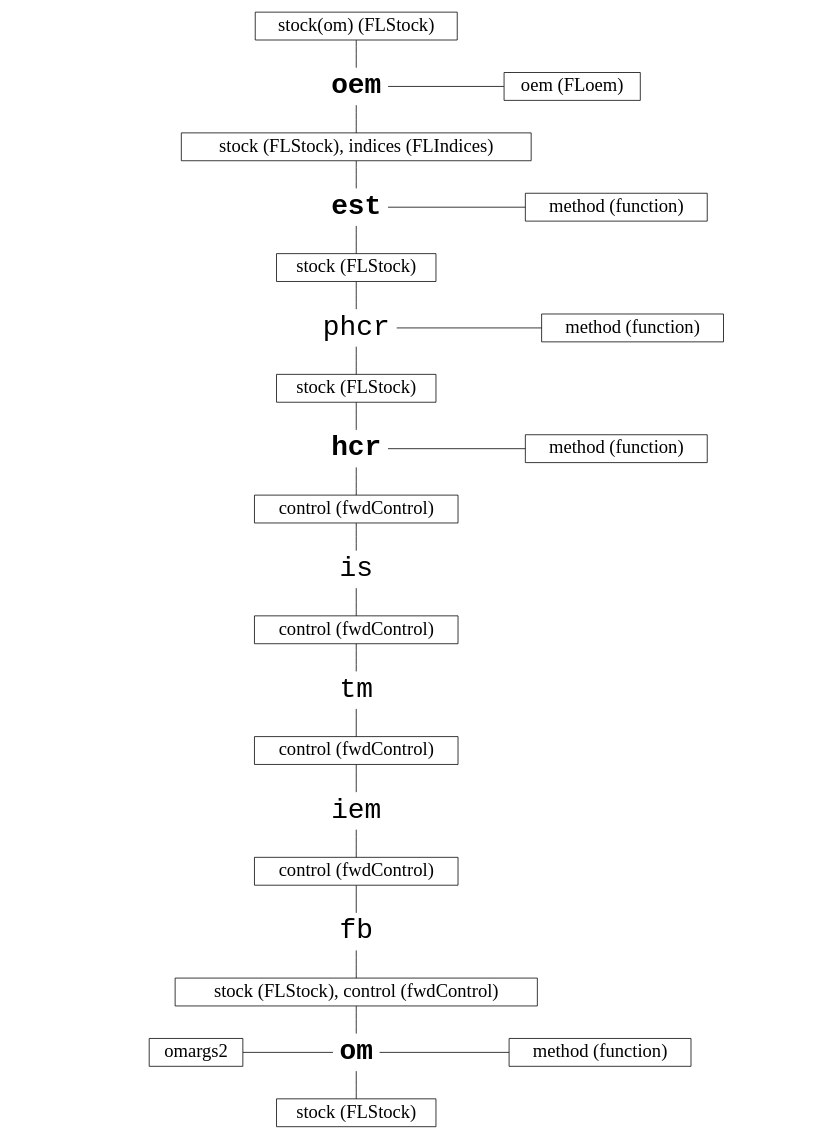
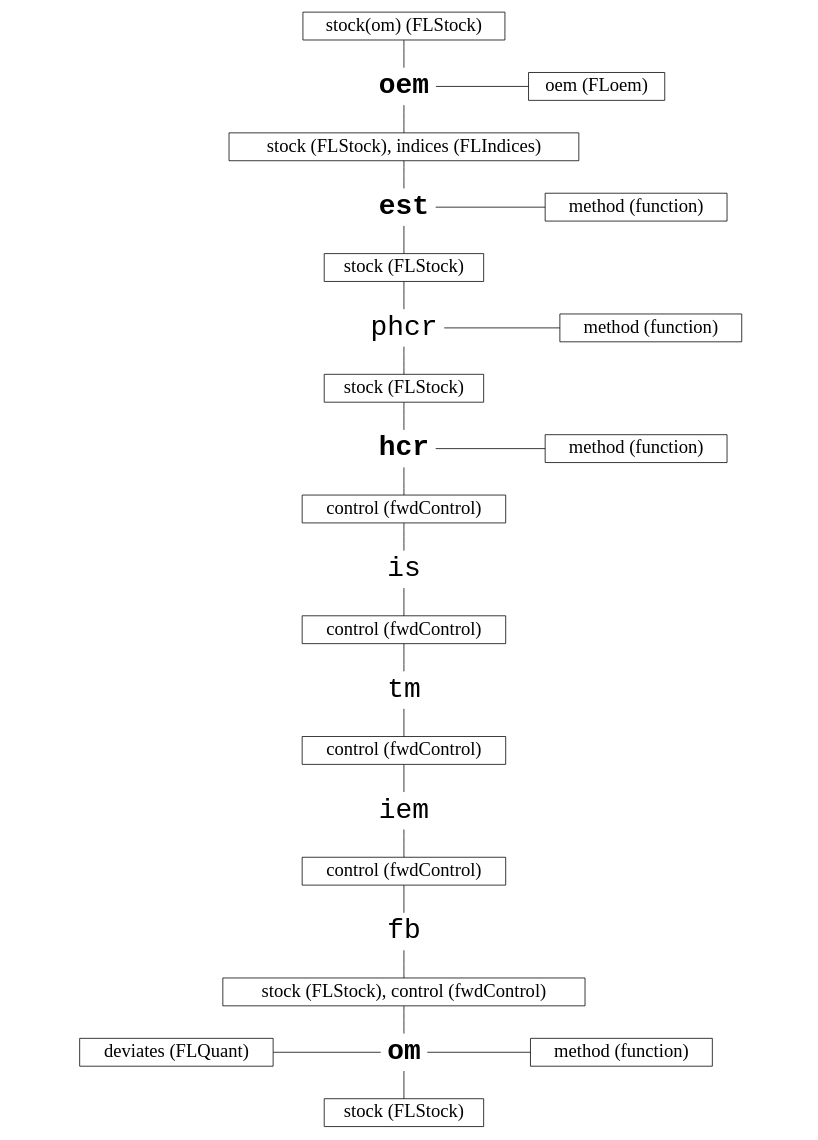
One commit to flr/mse changed the diagram in vignettes/diagrams/mp/mp.dot. Above: the diagram before and after it, drawn with Graphviz. The commit also changed 20 other files, not shown here.

```diff
--- a/vignettes/diagrams/mp/mp.dot
+++ b/vignettes/diagrams/mp/mp.dot
@@ -1,59 +1,60 @@
 graph mp {
   
   /* GRAPH */
   graph [ratio="fill", size="8.3,11.7!", margin=0.8]
 
   /* EDGES */
   edge [arrowhead="none"];
   
   /* NODES */
   node [shape=box, fontsize=24];
 
   /* Compulsory steps */
   oem, est, hcr, om[shape=plaintext,
     fontsize=36, fontcolor="#000000", fontname="Courier-Bold"];
   
   /* Optional steps */
   phcr, is, tm, iem, fb[shape=plaintext,
     fontsize=36, fontcolor="#000000", fontname="Courier"];
 
   /* Inputs/Outputs/Arguments */
   oemin [label="stock(om) (FLStock)"];
   oemargs [label="oem (FLoem)"];
   
   estin [label="stock (FLStock), indices (FLIndices)"];
   estargs [label="method (function)"];
   
   phcrin [label="stock (FLStock)"];
   phcrargs [label="method (function)"];
   
   hcrin [label="stock (FLStock)"];
   hcrargs [label="method (function)"];
   
   isin [label="control (fwdControl)"];
   
   tmin [label="control (fwdControl)"];
   
   iemin [label="control (fwdControl)"];
   
   fbin [label="control (fwdControl)"];
   
   omin [label="stock (FLStock), control (fwdControl)"];
   omout [label="stock (FLStock)"];
   omargs [label="method (function)"];
+  omargs2 [label="deviates (FLQuant)"];
 
   oem -- oemargs;
     {rank=same; oem; oemargs;}
   est -- estargs;
     {rank=same; est; estargs;}
   phcr -- phcrargs;
     {rank=same; phcr; phcrargs;}
   hcr -- hcrargs;
     {rank=same; hcr; hcrargs;}
   omargs2 -- om -- omargs;
     {rank=same; om; omargs; omargs2;}
   
   /* Code flow */
   oemin -- oem -- estin -- est -- phcrin -- phcr -- hcrin -- hcr -- isin -- is;
   is -- tmin -- tm -- iemin -- iem -- fbin -- fb -- omin -- om -- omout;
 }
```
